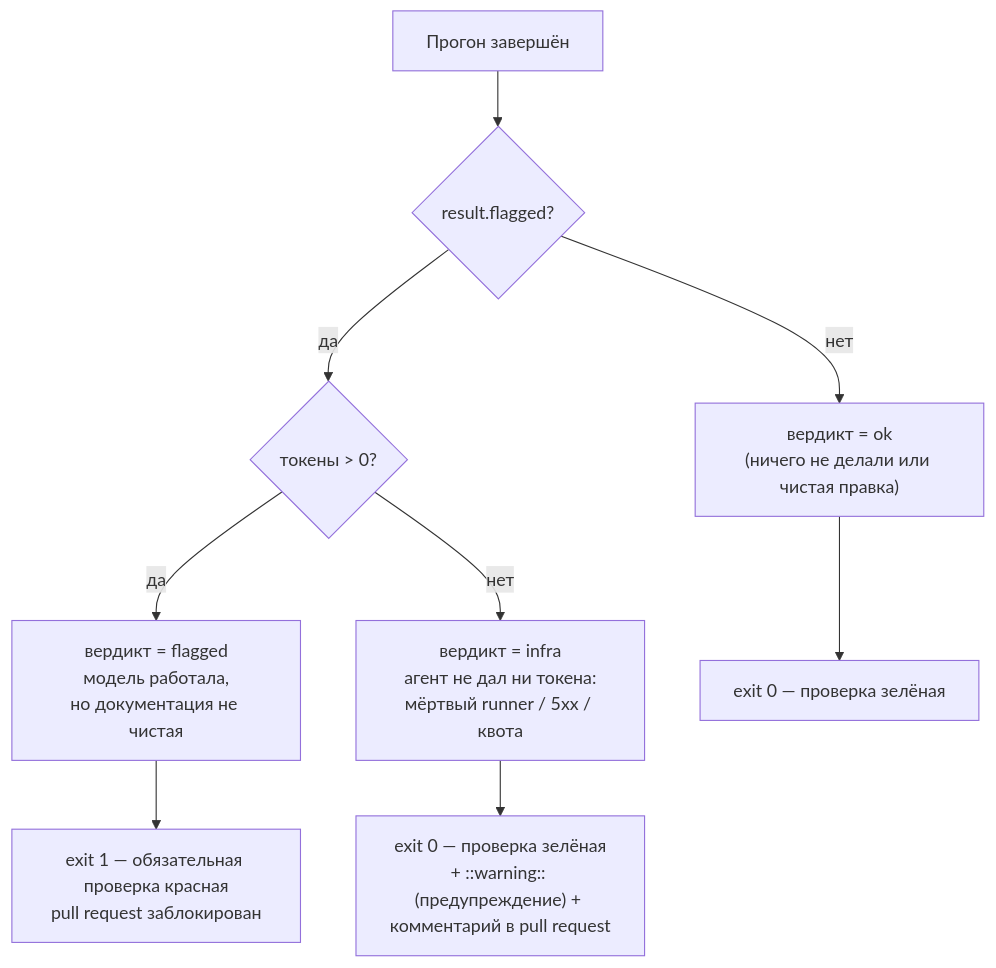
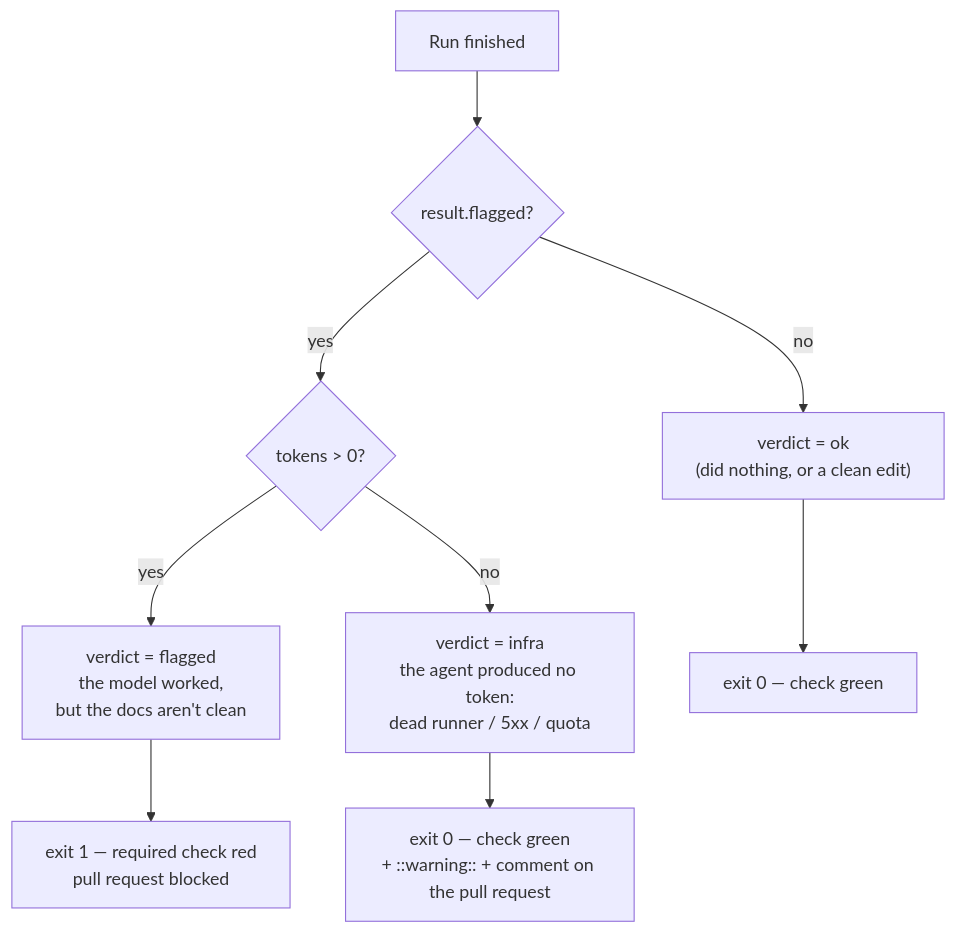
Before and after one commit to zoologov/beadloom: the seventh of 10 diagrams in docs/guides/multi-agent-development.md, drawn with Mermaid. The commit also changed other lines of this file and 134 other files, not shown here.

````diff
--- a/docs/guides/multi-agent-development.md
+++ b/docs/guides/multi-agent-development.md
@@ -386,12 +388,12 @@
 ```mermaid
 flowchart TB
-  RUN["Прогон завершён"] --> Q1{"result.flagged?"}
-  Q1 -->|нет| OK["вердикт = ok<br/>(ничего не делали или чистая правка)"]
-  Q1 -->|да| Q2{"токены > 0?"}
-  Q2 -->|да| FLAG["вердикт = flagged<br/>модель работала,<br/>но документация не чистая"]
-  Q2 -->|нет| INFRA["вердикт = infra<br/>агент не дал ни токена:<br/>мёртвый runner / 5xx / квота"]
+  RUN["Run finished"] --> Q1{"result.flagged?"}
+  Q1 -->|no| OK["verdict = ok<br/>(did nothing, or a clean edit)"]
+  Q1 -->|yes| Q2{"tokens > 0?"}
+  Q2 -->|yes| FLAG["verdict = flagged<br/>the model worked,<br/>but the docs aren't clean"]
+  Q2 -->|no| INFRA["verdict = infra<br/>the agent produced no token:<br/>dead runner / 5xx / quota"]
 
-  OK --> E0a["exit 0 — проверка зелёная"]
-  INFRA --> E0b["exit 0 — проверка зелёная<br/>+ ::warning:: (предупреждение) + комментарий в pull request"]
-  FLAG --> E1["exit 1 — обязательная проверка красная<br/>pull request заблокирован"]
+  OK --> E0a["exit 0 — check green"]
+  INFRA --> E0b["exit 0 — check green<br/>+ ::warning:: + comment on the pull request"]
+  FLAG --> E1["exit 1 — required check red<br/>pull request blocked"]
 ```
````
